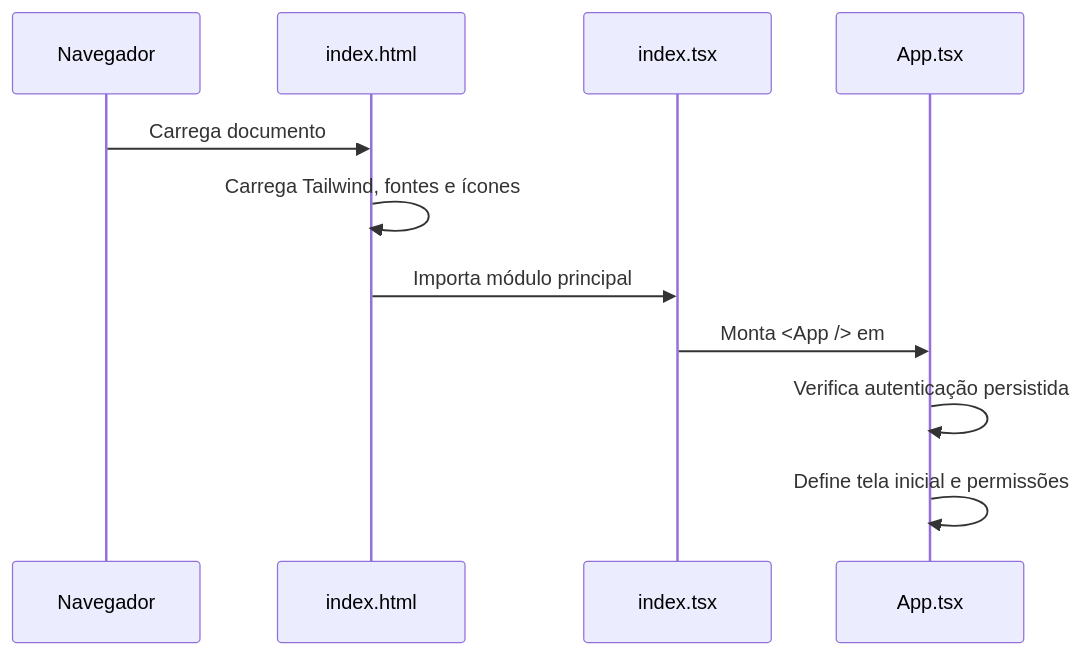
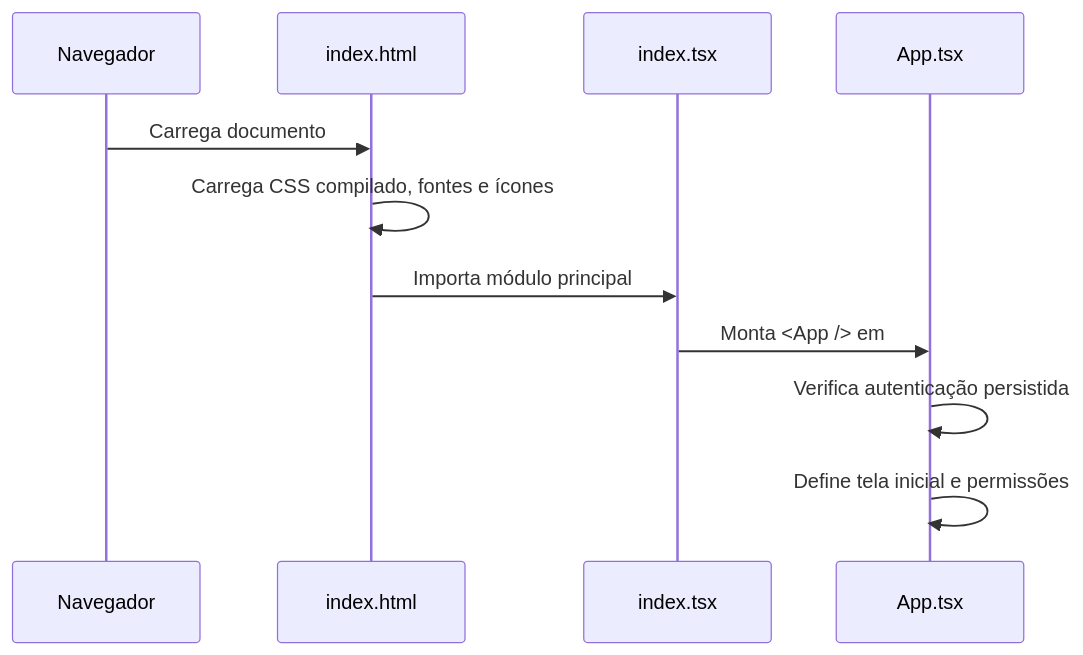
The second of 6 diagrams in docs/architecture.md (Mauriston/DoencasEPareceresJRS), drawn with Mermaid before and after one commit. The commit also changed other lines of this file and 7 other files, not shown here.

````diff
--- a/docs/architecture.md
+++ b/docs/architecture.md
@@ -179,14 +179,14 @@
 ```mermaid
 sequenceDiagram
     participant B as Navegador
     participant H as index.html
     participant I as index.tsx
     participant A as App.tsx
 
     B->>H: Carrega documento
-    H->>H: Carrega Tailwind, fontes e ícones
+    H->>H: Carrega CSS compilado, fontes e ícones
     H->>I: Importa módulo principal
     I->>A: Monta <App /> em #root
     A->>A: Verifica autenticação persistida
     A->>A: Define tela inicial e permissões
 ```
````
